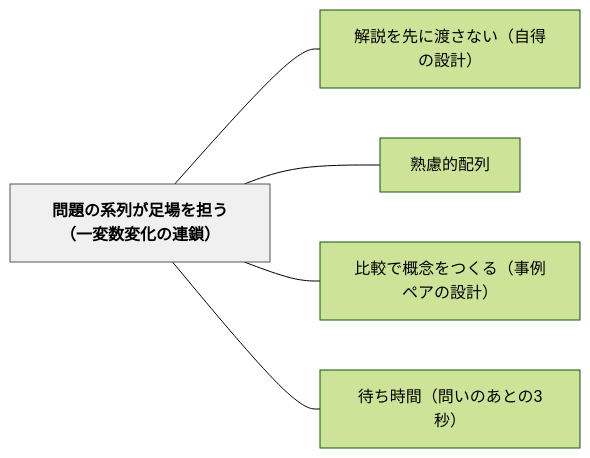
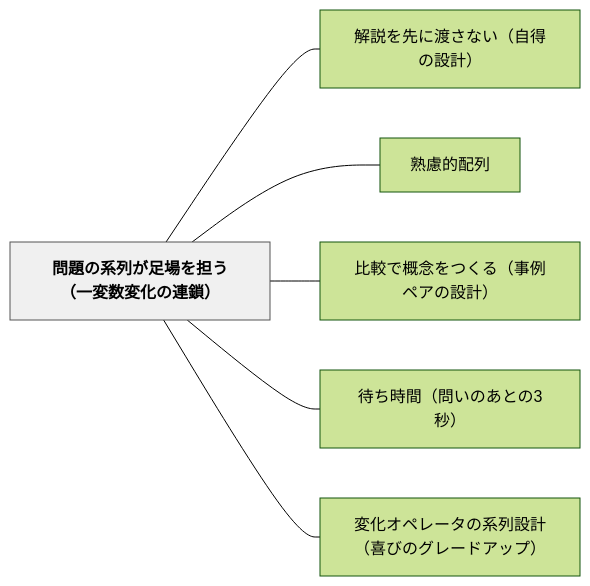
Before and after one commit to unknownthings-ed-patterns/unknownthings-ed-patterns: the diagram in content/パタン/問題の系列が足場を担う（一変数変化の連鎖）.md, drawn with Mermaid (forest theme). The commit also changed other lines of this file and 5 other files, not shown here.

````diff
--- a/content/パタン/問題の系列が足場を担う（一変数変化の連鎖）.md
+++ b/content/パタン/問題の系列が足場を担う（一変数変化の連鎖）.md
@@ -125,16 +126,18 @@
 ```mermaid
 flowchart LR
     ne5958fe9a18ce381aee7b3bbe58897e3818ce8b6b3e5a0b4e38292e68b85e38186efbc88e4b880e5a489e695b0e5a489e58c96e381aee980a3e98e96efbc89["問題の系列が足場を担う（一変数変化の連鎖）"]
     ne8a7a3e8aaace38292e58588e381abe6b8a1e38195e381aae38184efbc88e887aae5be97e381aee8a8ade8a888efbc89["解説を先に渡さない（自得の設計）"]
     ne7869fe685aee79a84e9858de58897["熟慮的配列"]
     ne6af94e8bc83e381a7e6a682e5bfb5e38292e381a4e3818fe3828befbc88e4ba8be4be8be3839ae382a2e381aee8a8ade8a888efbc89["比較で概念をつくる（事例ペアの設計）"]
     ne5be85e381a1e69982e99693efbc88e5958fe38184e381aee38182e381a8e381ae33e7a792efbc89["待ち時間（問いのあとの3秒）"]
+    ne5a489e58c96e382aae3839ae383ace383bce382bfe381aee7b3bbe58897e8a8ade8a888efbc88e5969ce381b3e381aee382b0e383ace383bce38389e382a2e38383e38397efbc89["変化オペレータの系列設計（喜びのグレードアップ）"]
 
     ne5958fe9a18ce381aee7b3bbe58897e3818ce8b6b3e5a0b4e38292e68b85e38186efbc88e4b880e5a489e695b0e5a489e58c96e381aee980a3e98e96efbc89 --- ne8a7a3e8aaace38292e58588e381abe6b8a1e38195e381aae38184efbc88e887aae5be97e381aee8a8ade8a888efbc89
     ne5958fe9a18ce381aee7b3bbe58897e3818ce8b6b3e5a0b4e38292e68b85e38186efbc88e4b880e5a489e695b0e5a489e58c96e381aee980a3e98e96efbc89 --- ne7869fe685aee79a84e9858de58897
     ne5958fe9a18ce381aee7b3bbe58897e3818ce8b6b3e5a0b4e38292e68b85e38186efbc88e4b880e5a489e695b0e5a489e58c96e381aee980a3e98e96efbc89 --- ne6af94e8bc83e381a7e6a682e5bfb5e38292e381a4e3818fe3828befbc88e4ba8be4be8be3839ae382a2e381aee8a8ade8a888efbc89
     ne5958fe9a18ce381aee7b3bbe58897e3818ce8b6b3e5a0b4e38292e68b85e38186efbc88e4b880e5a489e695b0e5a489e58c96e381aee980a3e98e96efbc89 --- ne5be85e381a1e69982e99693efbc88e5958fe38184e381aee38182e381a8e381ae33e7a792efbc89
+    ne5958fe9a18ce381aee7b3bbe58897e3818ce8b6b3e5a0b4e38292e68b85e38186efbc88e4b880e5a489e695b0e5a489e58c96e381aee980a3e98e96efbc89 --- ne5a489e58c96e382aae3839ae383ace383bce382bfe381aee7b3bbe58897e8a8ade8a888efbc88e5969ce381b3e381aee382b0e383ace383bce38389e382a2e38383e38397efbc89
 
     classDef hub fill:#f0f0f0,stroke:#555,color:#000,font-weight:bold
     class ne5958fe9a18ce381aee7b3bbe58897e3818ce8b6b3e5a0b4e38292e68b85e38186efbc88e4b880e5a489e695b0e5a489e58c96e381aee980a3e98e96efbc89 hub
 ```
````
